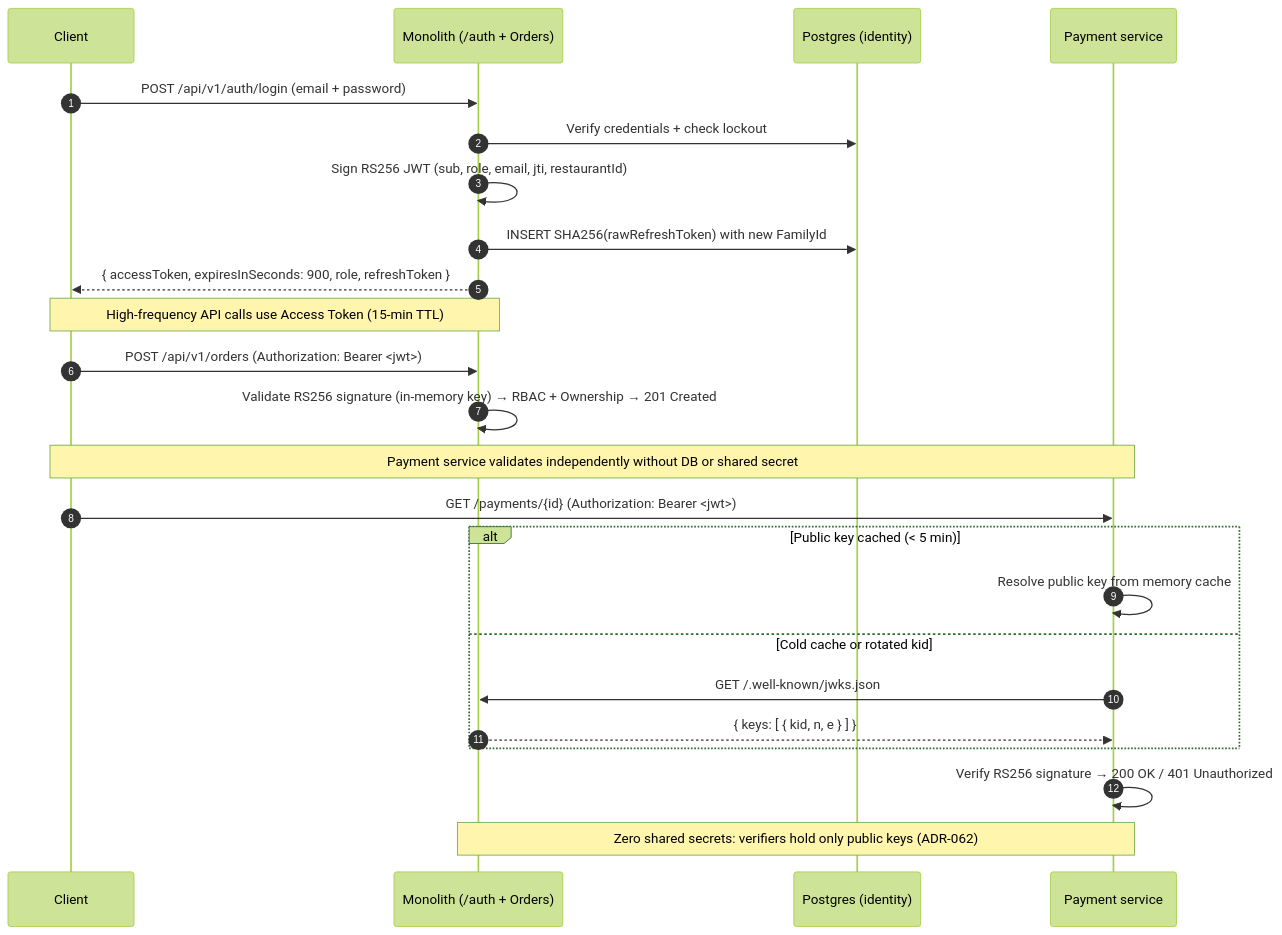
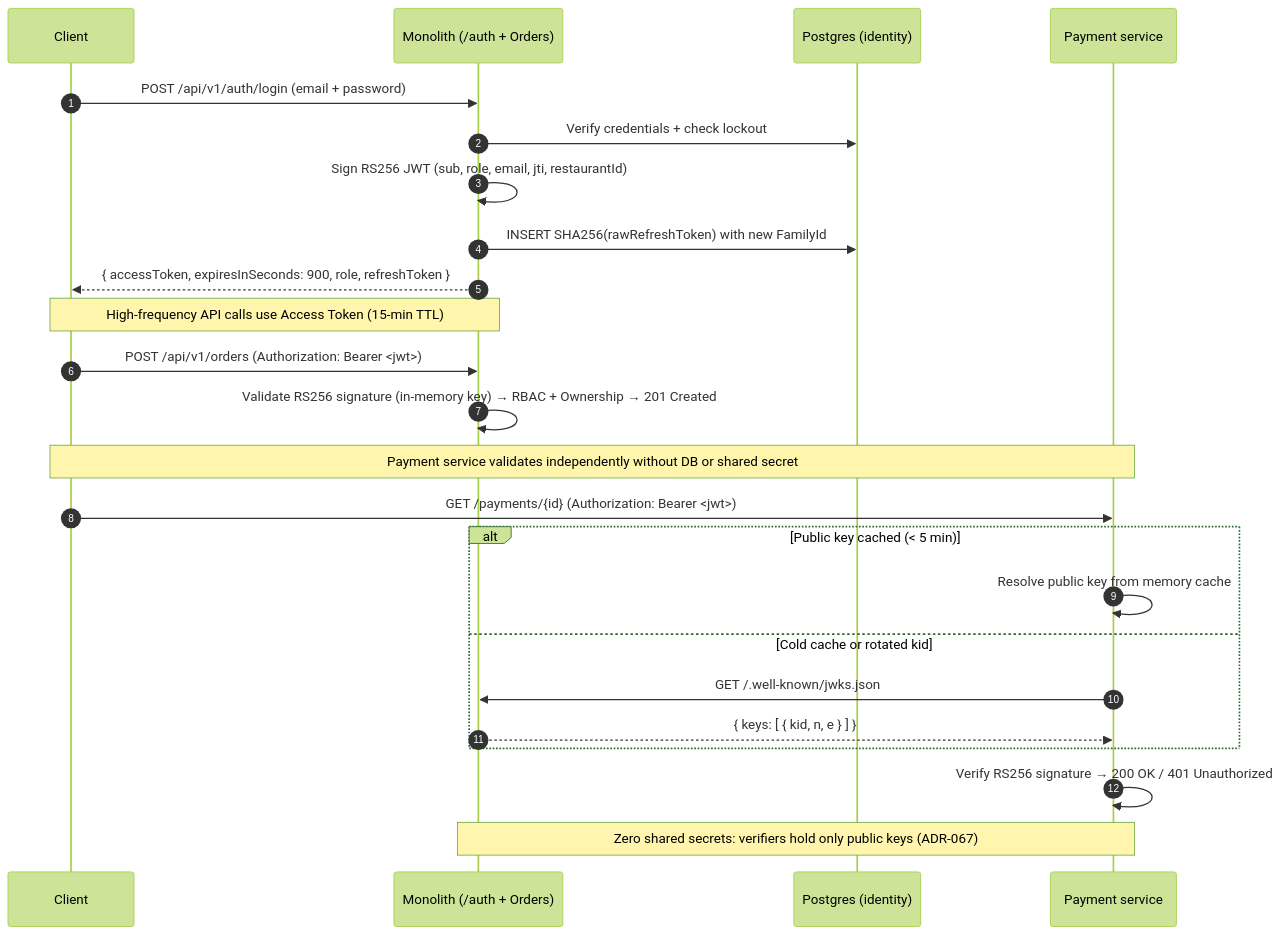
The first of 5 diagrams in docs/diagrams/day-10-auth.md (desiarchitect/tadka-cohort), drawn with Mermaid (forest theme) before and after one commit. The commit also changed other lines of this file and 34 other files, not shown here.

````diff
--- a/docs/diagrams/day-10-auth.md
+++ b/docs/diagrams/day-10-auth.md
@@ -18,29 +18,29 @@
 ```mermaid
 sequenceDiagram
     autonumber
     participant C as Client
     participant M as Monolith (/auth + Orders)
     participant DB as Postgres (identity)
     participant P as Payment service
 
     C->>M: POST /api/v1/auth/login (email + password)
     M->>DB: Verify credentials + check lockout
     M->>M: Sign RS256 JWT (sub, role, email, jti, restaurantId)
     M->>DB: INSERT SHA256(rawRefreshToken) with new FamilyId
     M-->>C: { accessToken, expiresInSeconds: 900, role, refreshToken }
 
     Note over C,M: High-frequency API calls use Access Token (15-min TTL)
     C->>M: POST /api/v1/orders (Authorization: Bearer <jwt>)
     M->>M: Validate RS256 signature (in-memory key) → RBAC + Ownership → 201 Created
 
     Note over C,P: Payment service validates independently without DB or shared secret
     C->>P: GET /payments/{id} (Authorization: Bearer <jwt>)
     alt Public key cached (< 5 min)
         P->>P: Resolve public key from memory cache
     else Cold cache or rotated kid
         P->>M: GET /.well-known/jwks.json
         M-->>P: { keys: [ { kid, n, e } ] }
     end
     P->>P: Verify RS256 signature → 200 OK / 401 Unauthorized
-    Note over M,P: Zero shared secrets: verifiers hold only public keys (ADR-062)
+    Note over M,P: Zero shared secrets: verifiers hold only public keys (ADR-067)
 ```
````
